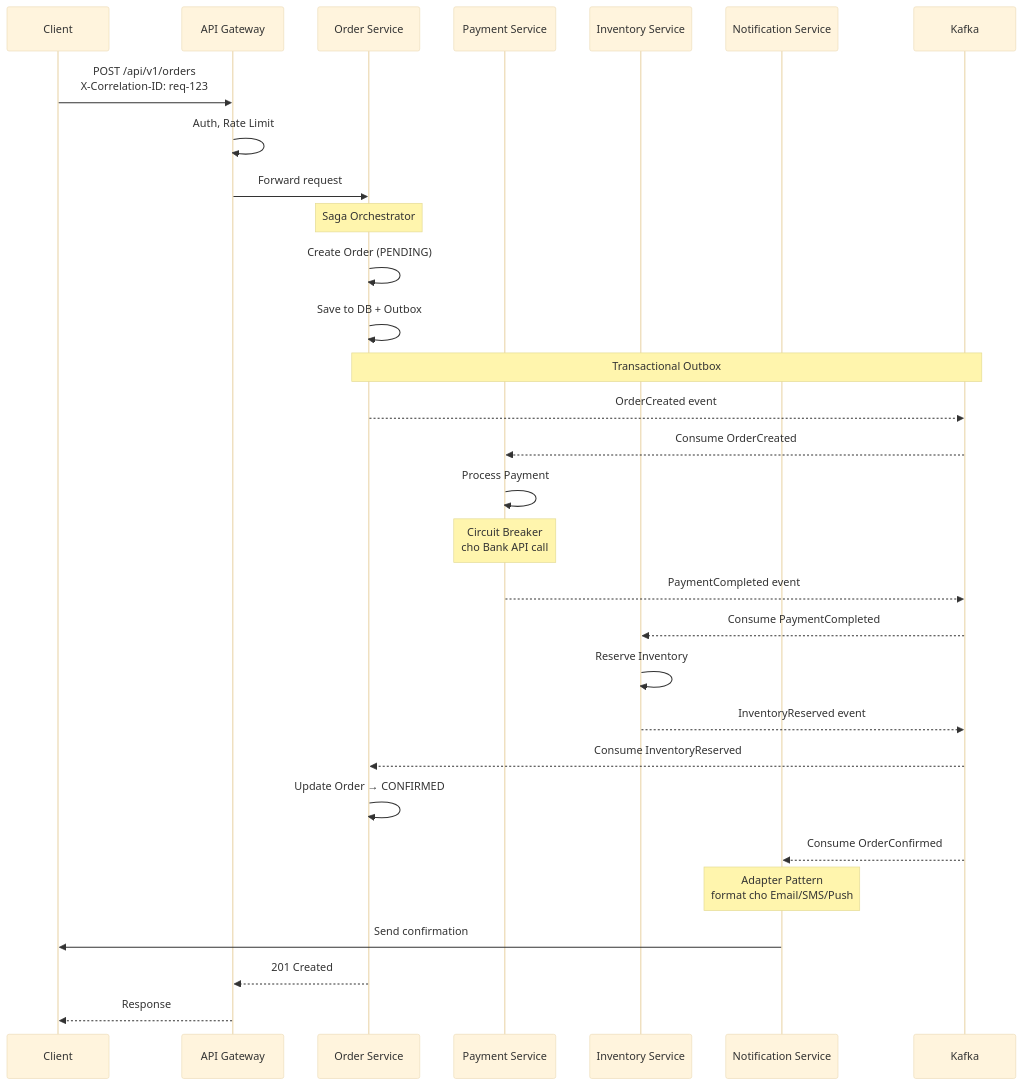
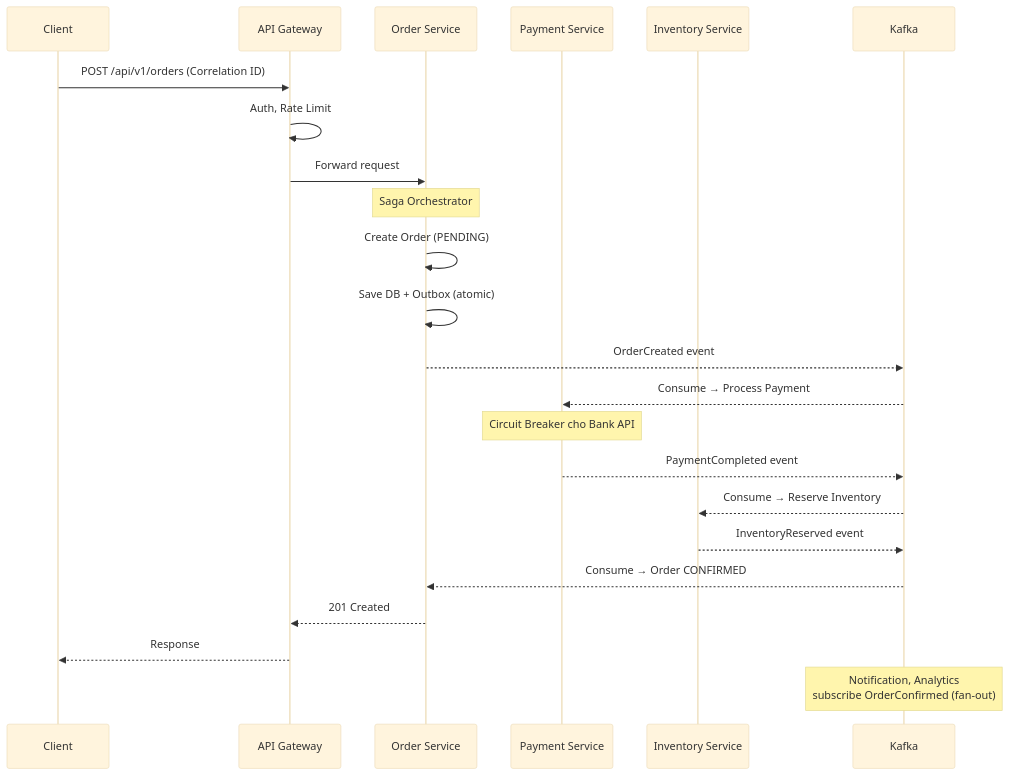
One commit to vanhiep99w/microservice-learn changed the diagram in 17-design-patterns.md. Above: the diagram before and after it, drawn with Mermaid (base theme). The commit also changed other lines of this file and 9 other files, not shown here.

````diff
--- a/17-design-patterns.md
+++ b/17-design-patterns.md
@@ -1251,40 +150,31 @@
 ```mermaid
 sequenceDiagram
     participant C as Client
     participant GW as API Gateway
     participant O as Order Service
     participant P as Payment Service
     participant I as Inventory Service
-    participant N as Notification Service
     participant K as Kafka
 
-    C->>GW: POST /api/v1/orders<br/>X-Correlation-ID: req-123
+    C->>GW: POST /api/v1/orders (Correlation ID)
     GW->>GW: Auth, Rate Limit
     GW->>O: Forward request
 
     Note over O: Saga Orchestrator
     O->>O: Create Order (PENDING)
-    O->>O: Save to DB + Outbox
+    O->>O: Save DB + Outbox (atomic)
 
-    Note over O,K: Transactional Outbox
     O-->>K: OrderCreated event
-
-    K-->>P: Consume OrderCreated
-    P->>P: Process Payment
-    Note over P: Circuit Breaker<br/>cho Bank API call
+    K-->>P: Consume → Process Payment
+    Note over P: Circuit Breaker cho Bank API
     P-->>K: PaymentCompleted event
 
-    K-->>I: Consume PaymentCompleted
-    I->>I: Reserve Inventory
+    K-->>I: Consume → Reserve Inventory
     I-->>K: InventoryReserved event
 
-    K-->>O: Consume InventoryReserved
-    O->>O: Update Order → CONFIRMED
-
-    K-->>N: Consume OrderConfirmed
-    Note over N: Adapter Pattern<br/>format cho Email/SMS/Push
-    N->>C: Send confirmation
-
+    K-->>O: Consume → Order CONFIRMED
     O-->>GW: 201 Created
     GW-->>C: Response
+
+    Note over K: Notification, Analytics<br/>subscribe OrderConfirmed (fan-out)
 ```
````
